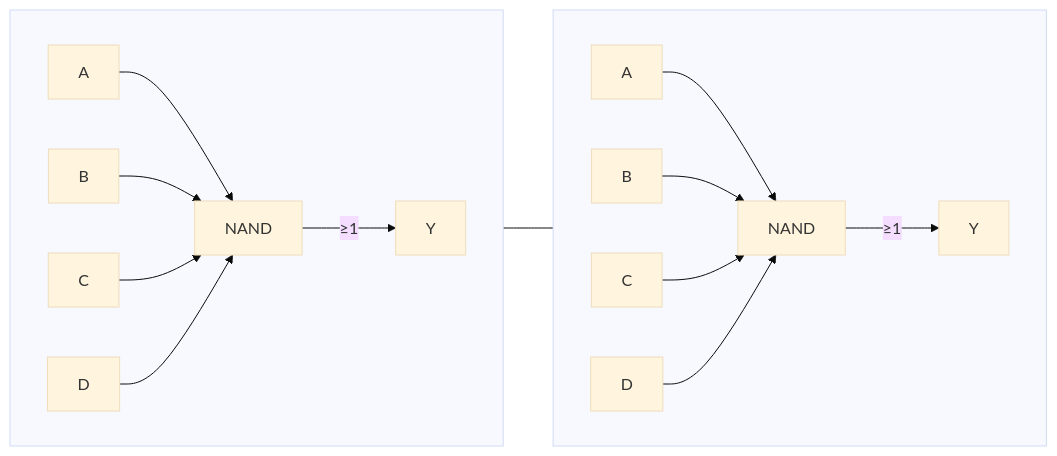
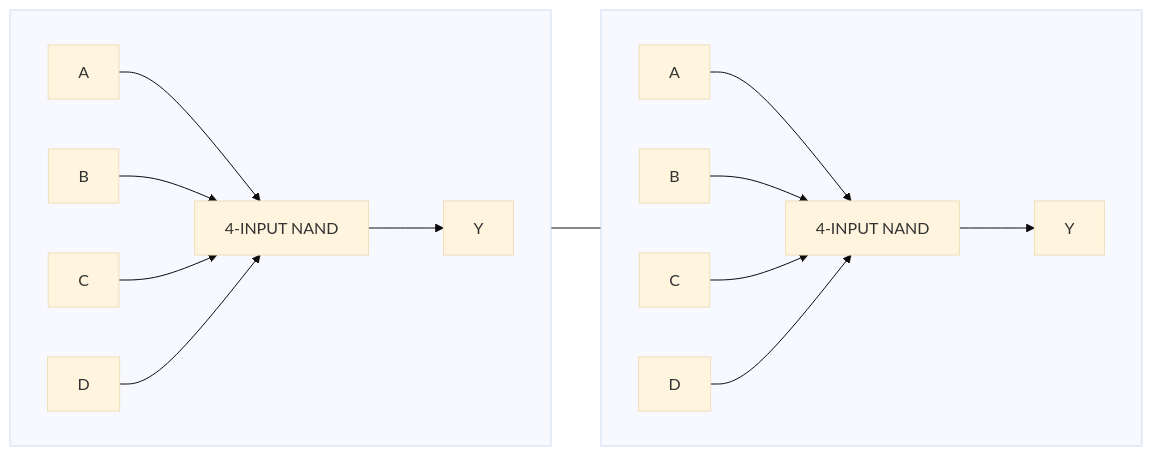
Before and after one commit to setrar/microelectronics: the third of 3 diagrams in Components/discrete/Transistors/kit/HomeDepot/BlockDiagrams/README.md, drawn with Mermaid (base theme).

````diff
--- a/Components/discrete/Transistors/kit/HomeDepot/BlockDiagrams/README.md
+++ b/Components/discrete/Transistors/kit/HomeDepot/BlockDiagrams/README.md
@@ -107,23 +107,23 @@
 ```mermaid
 graph LR
     subgraph NAND1 [ ]
         direction LR
-        A1[A] --> N1[NAND]
+        A1[A] --> N1[4-INPUT NAND ]
         B1[B] --> N1
         C1[C] --> N1
         D1[D] --> N1
-        N1 -- "≥1" --> Y1[Y]
+        N1 --> Y1[Y]
     end
 
     subgraph NAND2 [ ]
         direction LR
-        A2[A] --> N2[NAND]
+        A2[A] --> N2[4-INPUT NAND ]
         B2[B] --> N2
         C2[C] --> N2
         D2[D] --> N2
-        N2 -- "≥1" --> Y2[Y]
+        N2 --> Y2[Y]
     end
 
     %% Arrange subgraphs horizontally
     NAND1 --- NAND2
 ```
````
